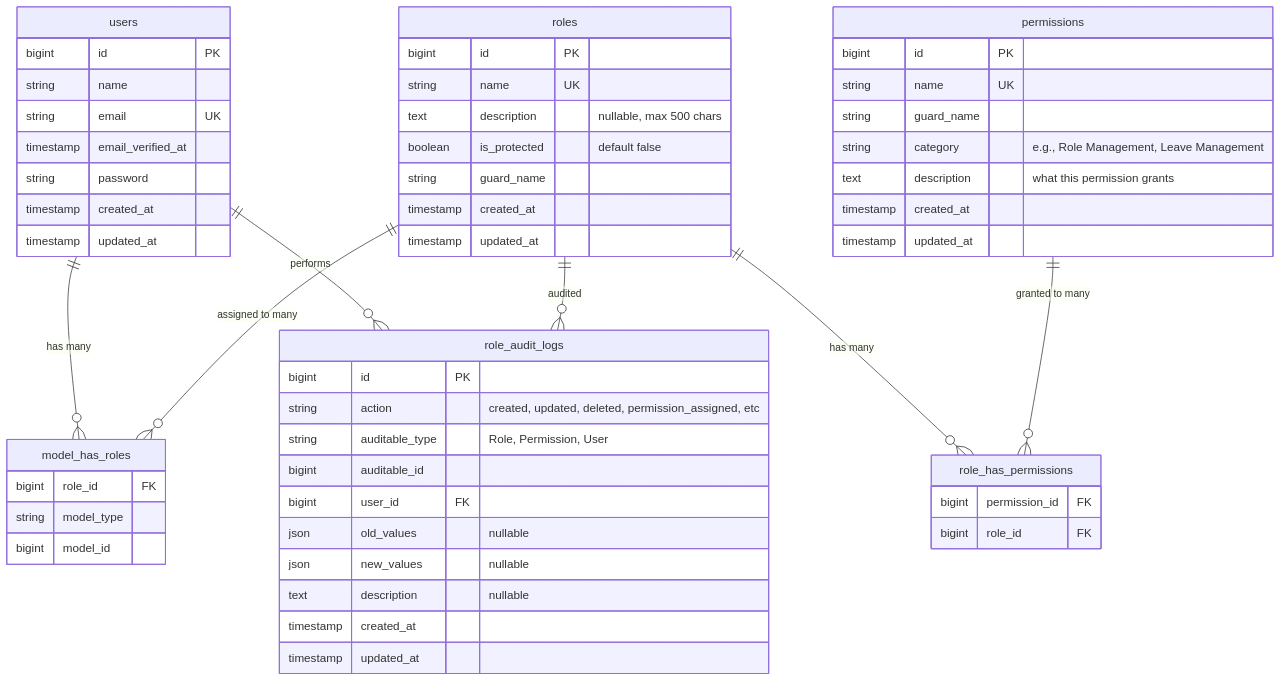
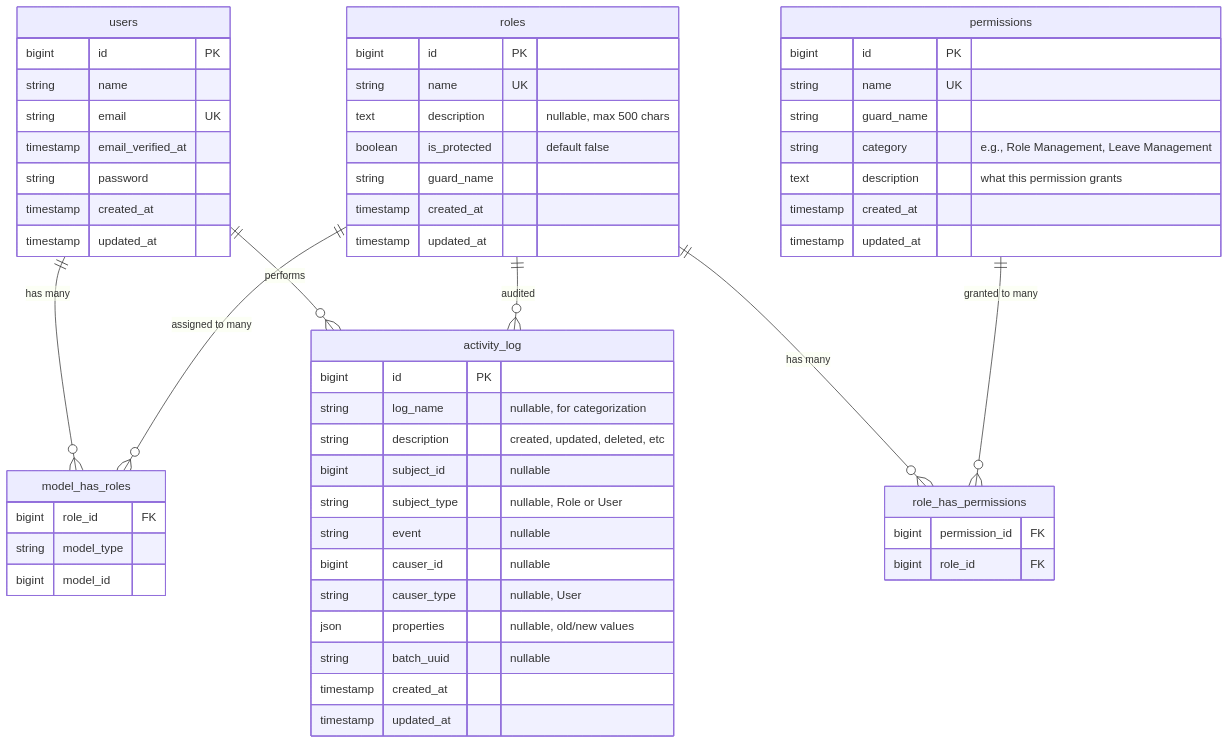
The first of 3 diagrams in specs/002-role-permission-management/data-model.md (FDCWenman/fdc-lms), drawn with Mermaid before and after one commit. The commit also changed other lines of this file and 4 other files, not shown here.

````diff
--- a/specs/002-role-permission-management/data-model.md
+++ b/specs/002-role-permission-management/data-model.md
@@ -9,63 +9,65 @@
 ```mermaid
 erDiagram
     users ||--o{ model_has_roles : "has many"
     roles ||--o{ model_has_roles : "assigned to many"
     roles ||--o{ role_has_permissions : "has many"
     permissions ||--o{ role_has_permissions : "granted to many"
-    users ||--o{ role_audit_logs : "performs"
-    roles ||--o{ role_audit_logs : "audited"
+    users ||--o{ activity_log : "performs"
+    roles ||--o{ activity_log : "audited"
     
     users {
         bigint id PK
         string name
         string email UK
         timestamp email_verified_at
         string password
         timestamp created_at
         timestamp updated_at
     }
     
     roles {
         bigint id PK
         string name UK
         text description "nullable, max 500 chars"
         boolean is_protected "default false"
         string guard_name
         timestamp created_at
         timestamp updated_at
     }
     
     permissions {
         bigint id PK
         string name UK
         string guard_name
         string category "e.g., Role Management, Leave Management"
         text description "what this permission grants"
         timestamp created_at
         timestamp updated_at
     }
     
     model_has_roles {
         bigint role_id FK
         string model_type
         bigint model_id
     }
     
     role_has_permissions {
         bigint permission_id FK
         bigint role_id FK
     }
     
-    role_audit_logs {
+    activity_log {
         bigint id PK
-        string action "created, updated, deleted, permission_assigned, etc"
-        string auditable_type "Role, Permission, User"
-        bigint auditable_id
-        bigint user_id FK
-        json old_values "nullable"
-        json new_values "nullable"
-        text description "nullable"
+        string log_name "nullable, for categorization"
+        string description "created, updated, deleted, etc"
+        bigint subject_id "nullable"
+        string subject_type "nullable, Role or User"
+        string event "nullable"
+        bigint causer_id "nullable"
+        string causer_type "nullable, User"
+        json properties "nullable, old/new values"
+        string batch_uuid "nullable"
         timestamp created_at
         timestamp updated_at
     }
 ```
````
